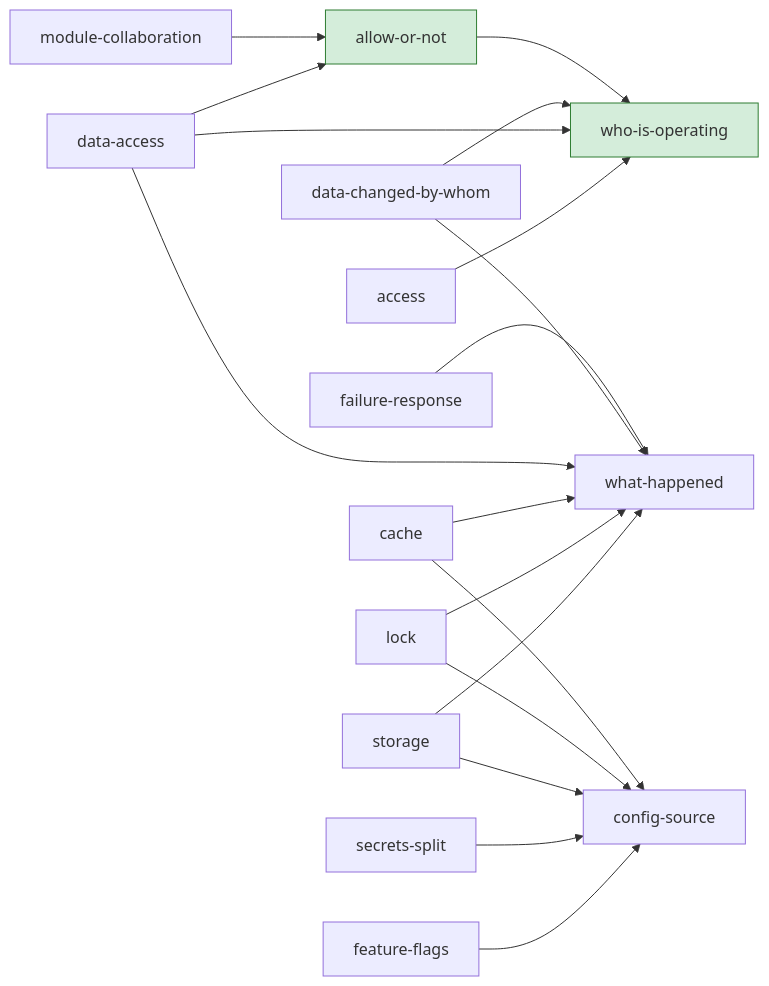
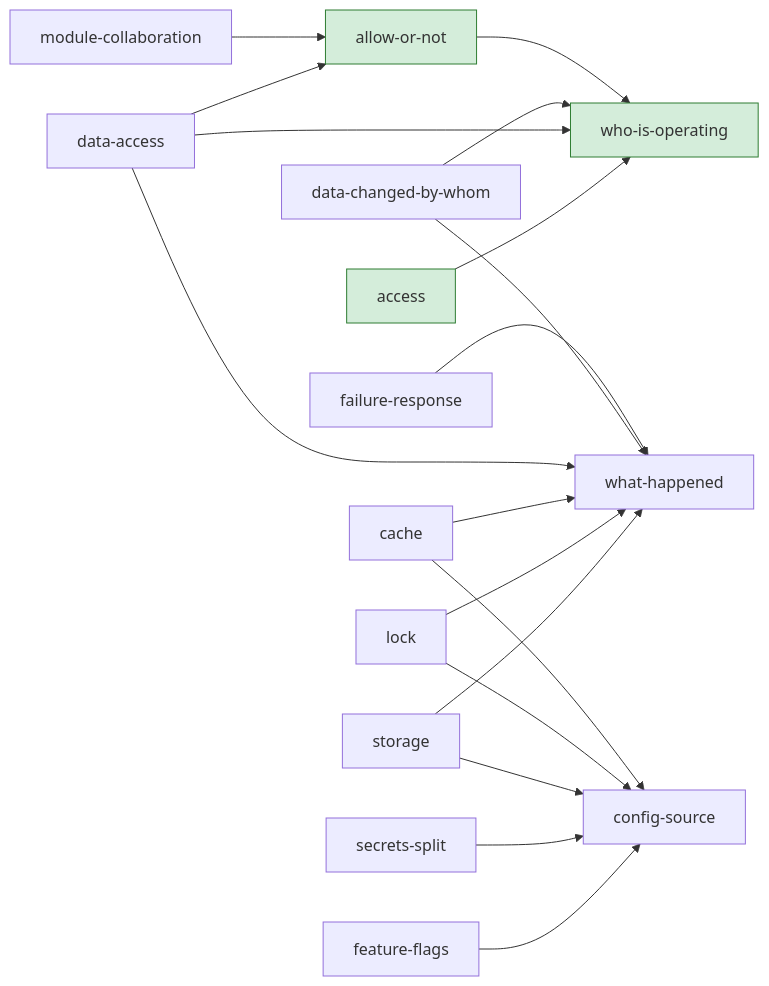
Before and after one commit to helloworldtang/leitu: the second of 2 diagrams in docs/architecture/views.md, drawn with Mermaid. The commit also changed other lines of this file and 17 other files, not shown here.

Commit message:
feat(capability): access 能力——PermissionPolicy 扩展缝+声明式 RBAC-lite+预算 Guard；access 条目 answered（五件套过机器验收）

````diff
--- a/docs/architecture/views.md
+++ b/docs/architecture/views.md
@@ -51,23 +51,24 @@
 ```mermaid
 graph LR
   allow-or-not --> who-is-operating
   failure-response --> what-happened
   data-changed-by-whom --> who-is-operating
   data-changed-by-whom --> what-happened
   module-collaboration --> allow-or-not
   data-access --> who-is-operating
   data-access --> allow-or-not
   data-access --> what-happened
   access --> who-is-operating
   cache --> config-source
   cache --> what-happened
   lock --> config-source
   lock --> what-happened
   storage --> config-source
   storage --> what-happened
   secrets-split --> config-source
   feature-flags --> config-source
   class who-is-operating answered
   class allow-or-not answered
+  class access answered
   classDef answered fill:#d4edda,stroke:#2e7d32
 ```
````
